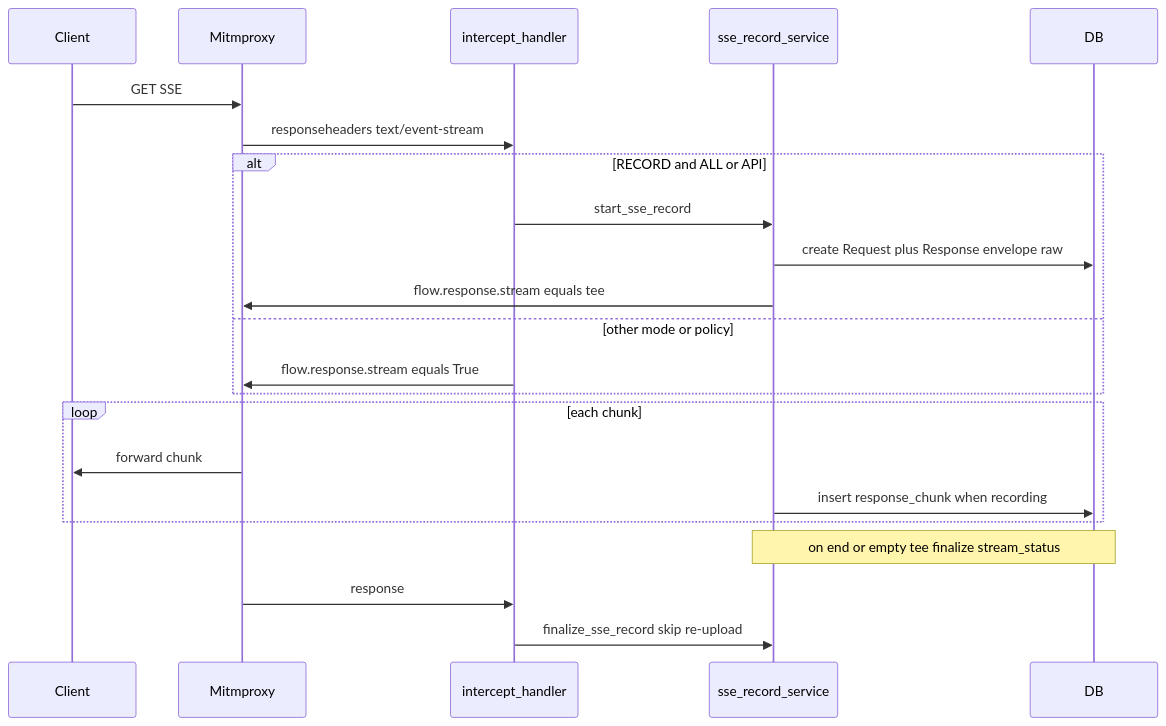
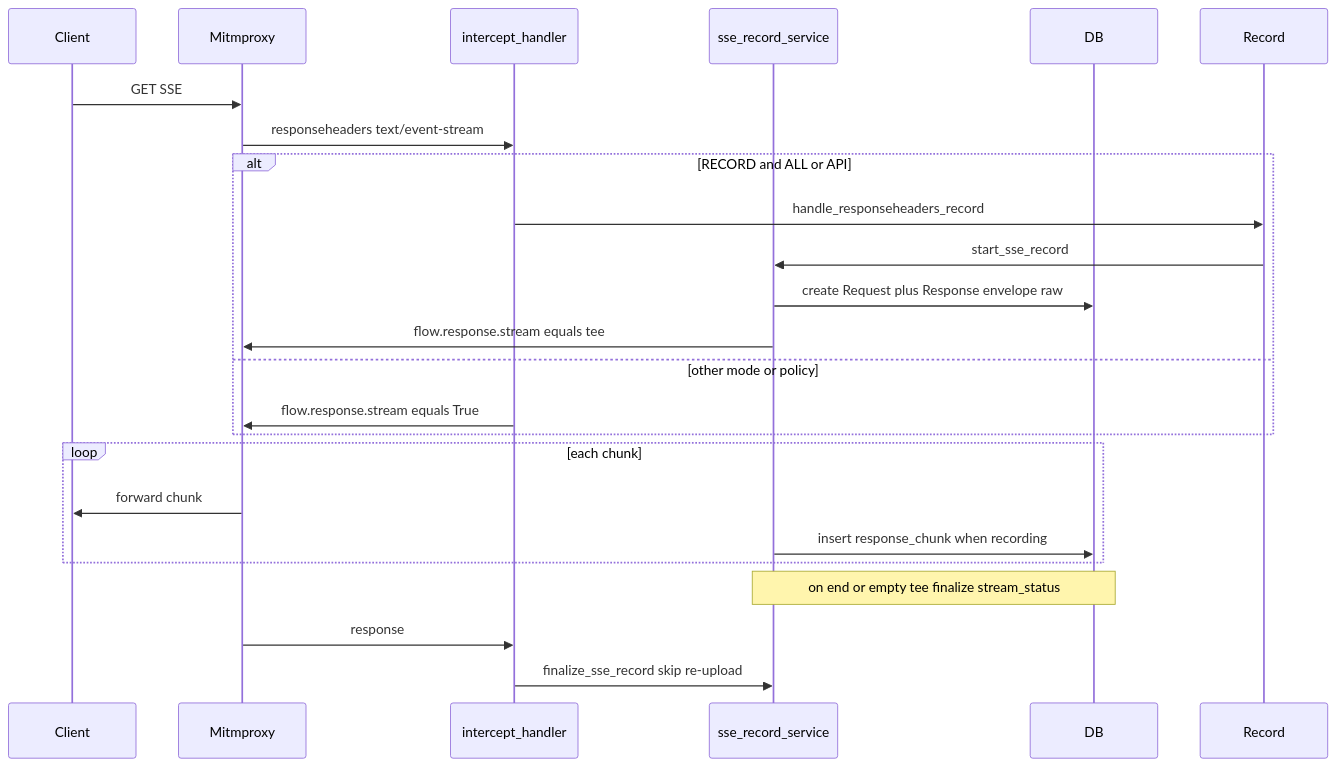
Before and after one commit to Stoobly/stoobly-agent: the first of 3 diagrams in docs/sse-handling.md, drawn with Mermaid. The commit also changed other lines of this file and 2 other files, not shown here.

Commit message:
Move SSE responseheaders logic into handle_responseheaders_record.
Align the intercept hook with request/response mode dispatch by keeping policy and tee start in the record service.

````diff
--- a/docs/sse-handling.md
+++ b/docs/sse-handling.md
@@ -26,25 +26,26 @@
 ```mermaid
 sequenceDiagram
   participant Client
   participant Mitmproxy
   participant Intercept as intercept_handler
   participant Sse as sse_record_service
   participant DB
 
   Client->>Mitmproxy: GET SSE
   Mitmproxy->>Intercept: responseheaders text/event-stream
   alt RECORD and ALL or API
-    Intercept->>Sse: start_sse_record
+    Intercept->>Record: handle_responseheaders_record
+    Record->>Sse: start_sse_record
     Sse->>DB: create Request plus Response envelope raw
     Sse->>Mitmproxy: flow.response.stream equals tee
   else other mode or policy
     Intercept->>Mitmproxy: flow.response.stream equals True
   end
   loop each chunk
     Mitmproxy->>Client: forward chunk
     Sse->>DB: insert response_chunk when recording
   end
   Note over Sse,DB: on end or empty tee finalize stream_status
   Mitmproxy->>Intercept: response
   Intercept->>Sse: finalize_sse_record skip re-upload
 ```
````
